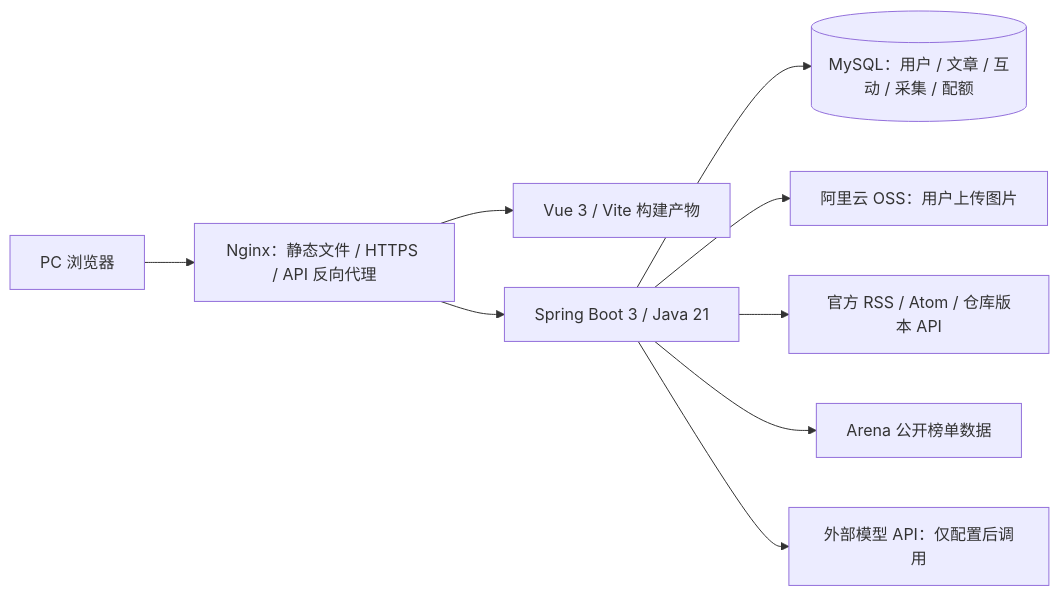
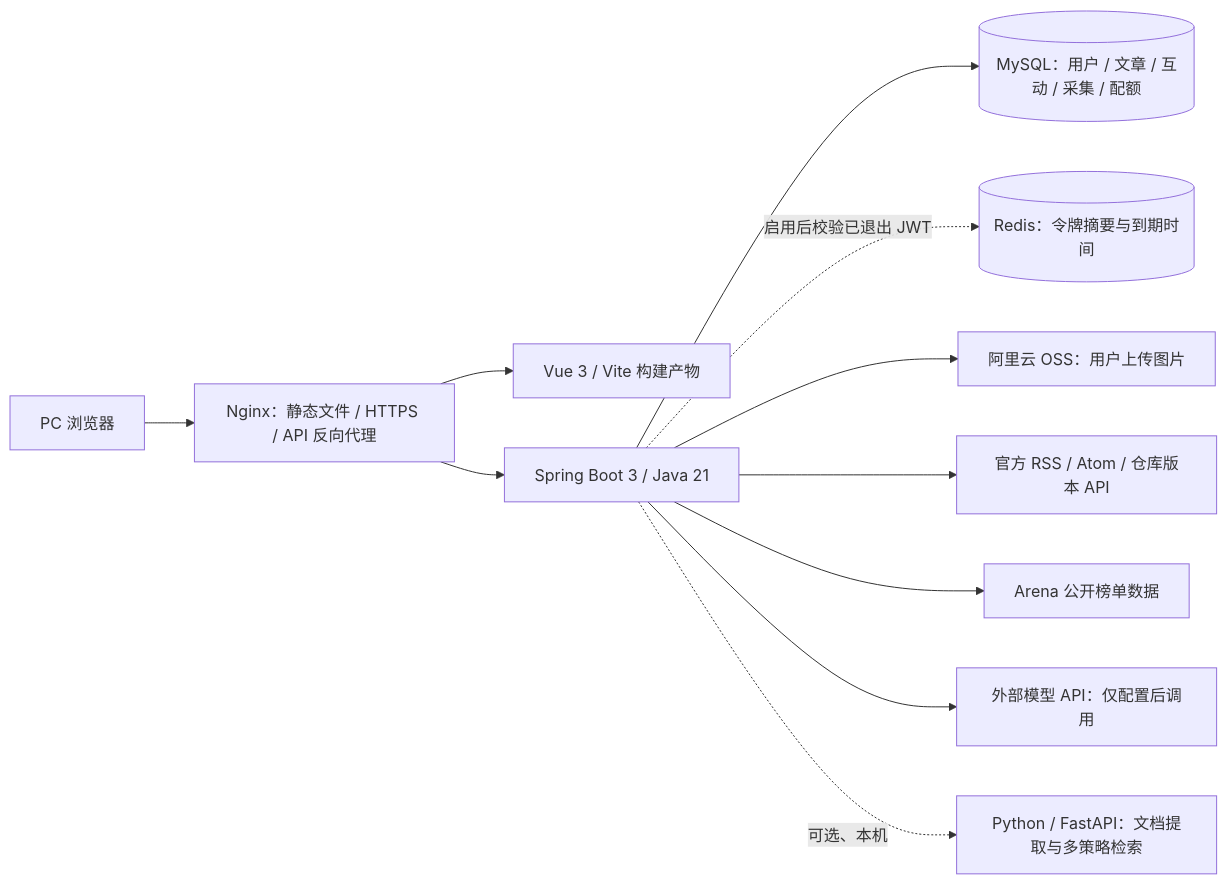
One commit to Wkey999/big-event changed the diagram in docs/架构与演示.md. Above: the diagram before and after it, drawn with Mermaid. The commit also changed other lines of this file and 45 other files, not shown here.

````diff
--- a/docs/架构与演示.md
+++ b/docs/架构与演示.md
@@ -11,11 +11,13 @@
 ```mermaid
 flowchart LR
     U[PC 浏览器] --> N[Nginx：静态文件 / HTTPS / API 反向代理]
     N --> V[Vue 3 / Vite 构建产物]
     N --> B[Spring Boot 3 / Java 21]
     B --> M[(MySQL：用户 / 文章 / 互动 / 采集 / 配额)]
+    B -. 启用后校验已退出 JWT .-> R[(Redis：令牌摘要与到期时间)]
     B --> O[阿里云 OSS：用户上传图片]
     B --> F[官方 RSS / Atom / 仓库版本 API]
     B --> A[Arena 公开榜单数据]
     B --> L[外部模型 API：仅配置后调用]
+    B -. 可选、本机 .-> P[Python / FastAPI：文档提取与多策略检索]
 ```
````
